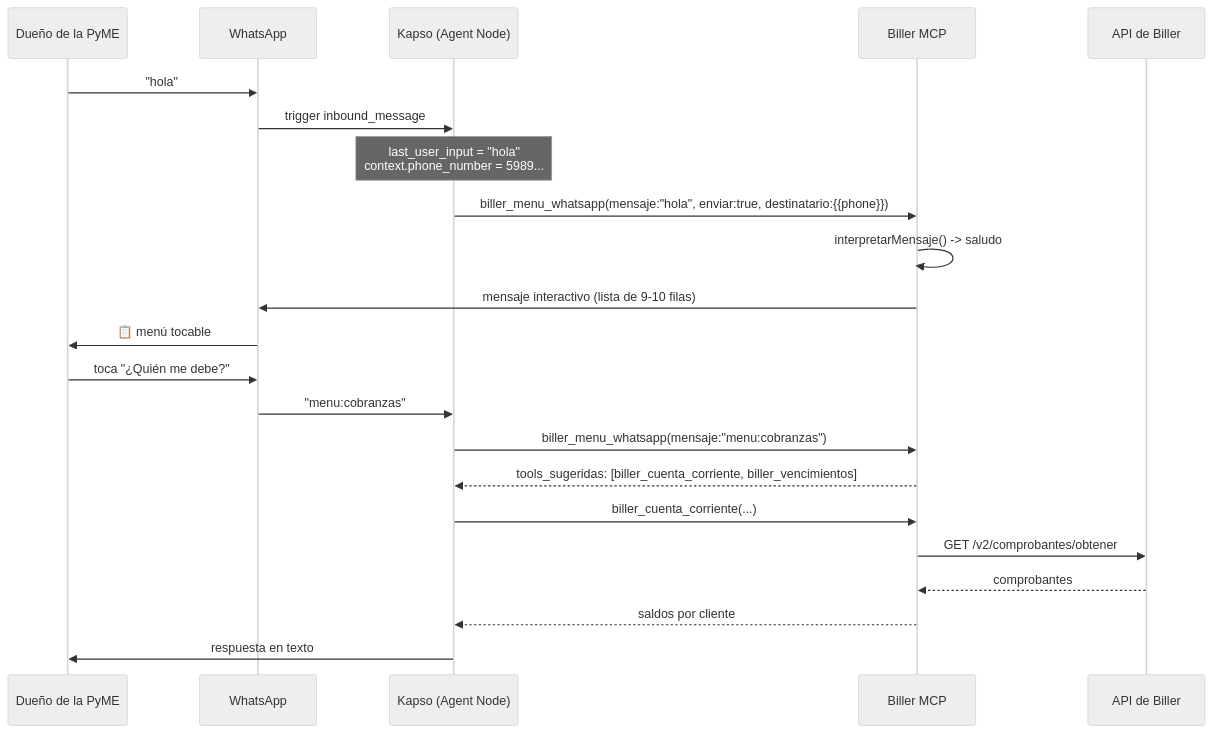
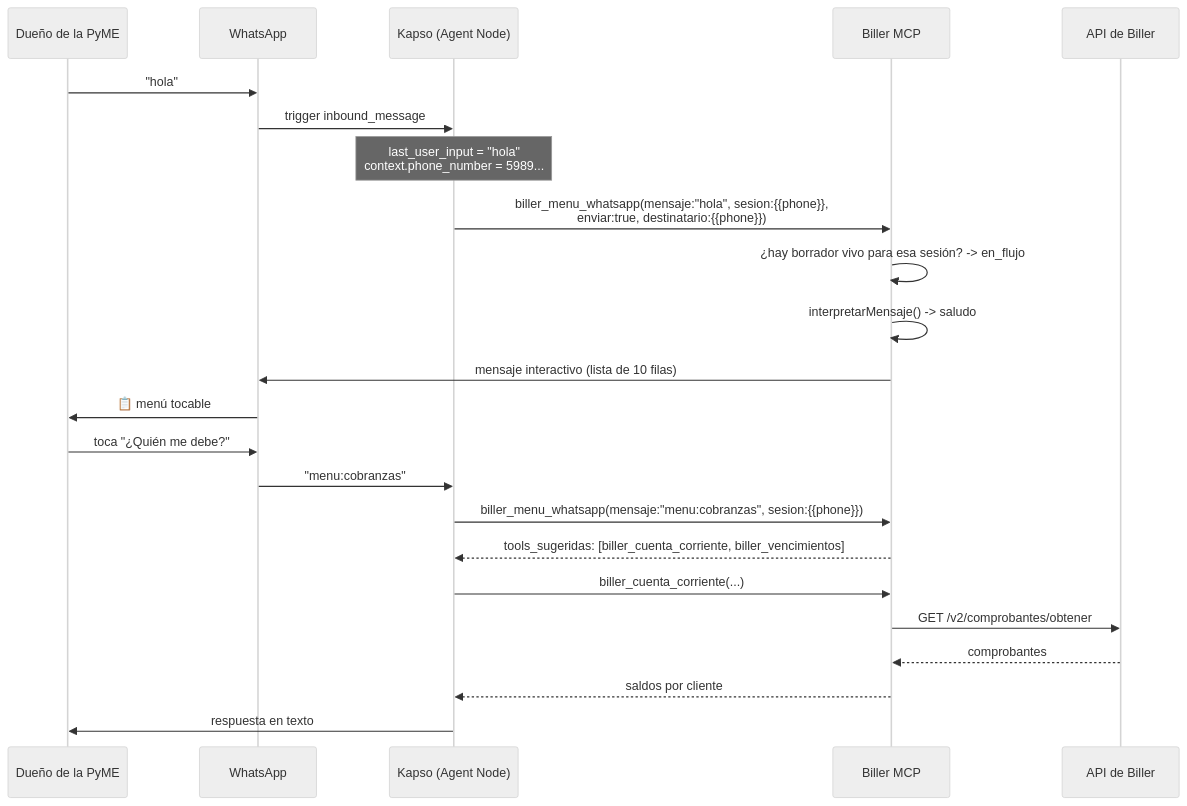
One commit to MateoFabregat/MCP_Biller changed the first of 2 diagrams in docs/FLUJO_WHATSAPP.md. Above: the diagram before and after it, drawn with Mermaid (neutral theme). The commit also changed other lines of this file and 5 other files, not shown here.

````diff
--- a/docs/FLUJO_WHATSAPP.md
+++ b/docs/FLUJO_WHATSAPP.md
@@ -19,25 +20,26 @@
 ```mermaid
 sequenceDiagram
     participant U as Dueño de la PyME
     participant W as WhatsApp
     participant K as Kapso (Agent Node)
     participant M as Biller MCP
     participant B as API de Biller
 
     U->>W: "hola"
     W->>K: trigger inbound_message
     Note over K: last_user_input = "hola"<br/>context.phone_number = 5989...
-    K->>M: biller_menu_whatsapp(mensaje:"hola", enviar:true, destinatario:{{phone}})
+    K->>M: biller_menu_whatsapp(mensaje:"hola", sesion:{{phone}},<br/>enviar:true, destinatario:{{phone}})
+    M->>M: ¿hay borrador vivo para esa sesión? -> en_flujo
     M->>M: interpretarMensaje() -> saludo
-    M->>W: mensaje interactivo (lista de 9-10 filas)
+    M->>W: mensaje interactivo (lista de 10 filas)
     W->>U: 📋 menú tocable
     U->>W: toca "¿Quién me debe?"
     W->>K: "menu:cobranzas"
-    K->>M: biller_menu_whatsapp(mensaje:"menu:cobranzas")
+    K->>M: biller_menu_whatsapp(mensaje:"menu:cobranzas", sesion:{{phone}})
     M-->>K: tools_sugeridas: [biller_cuenta_corriente, biller_vencimientos]
     K->>M: biller_cuenta_corriente(...)
     M->>B: GET /v2/comprobantes/obtener
     B-->>M: comprobantes
     M-->>K: saldos por cliente
     K->>U: respuesta en texto
 ```
````
